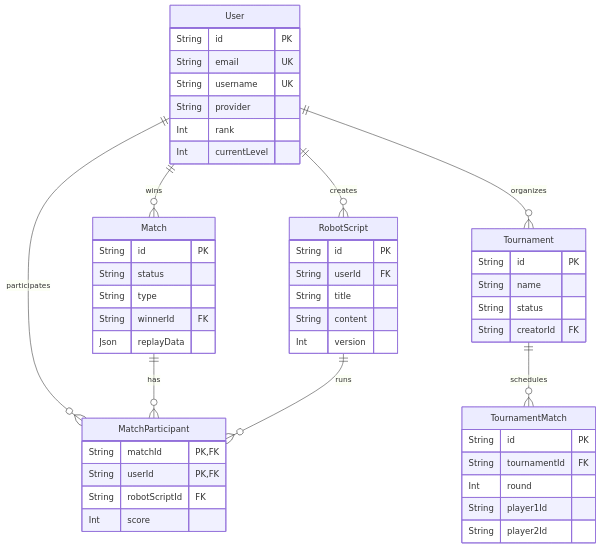
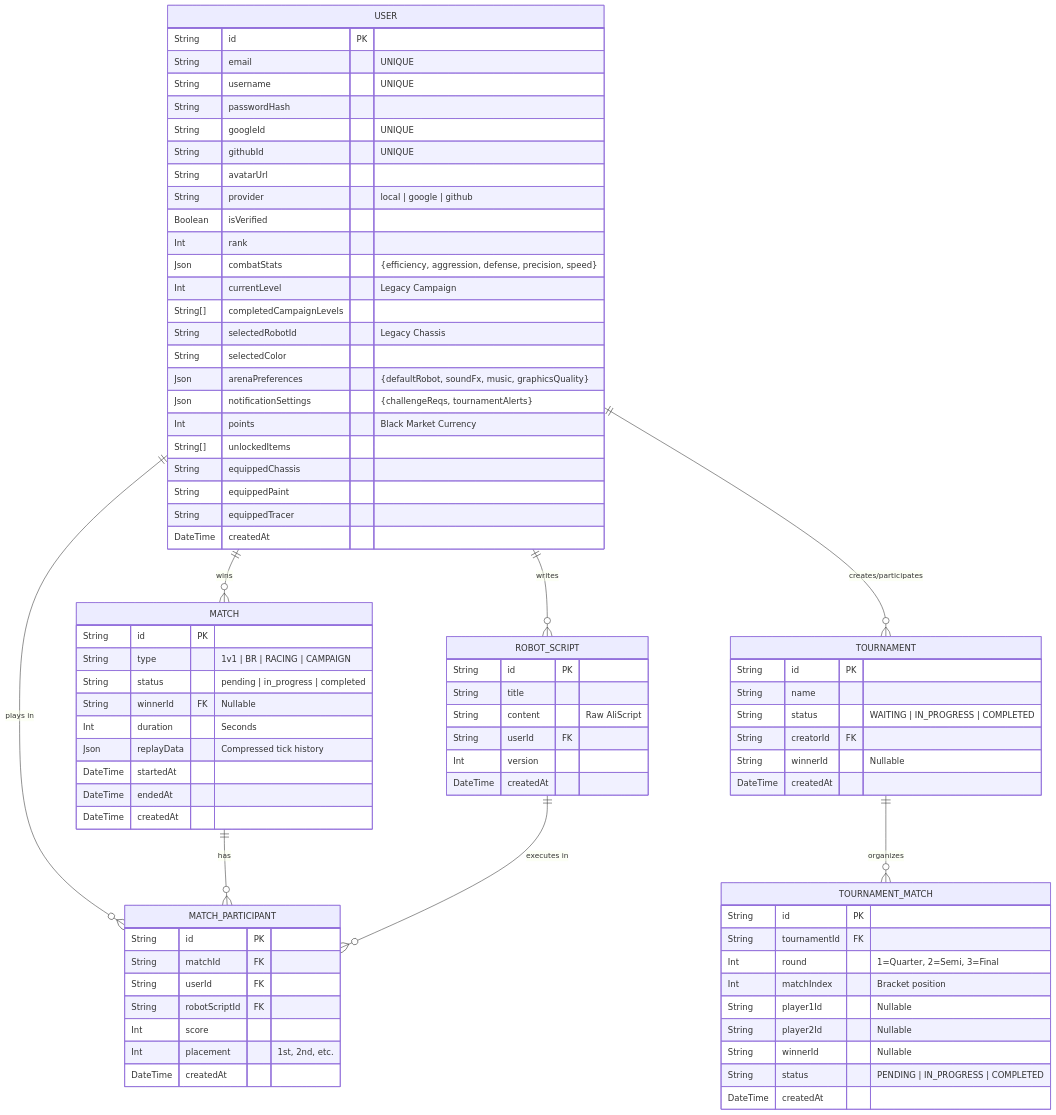
Before and after one commit to AverageMax/logic-arena: the diagram in docs/erd-diagram.md, drawn with Mermaid. The commit also changed other lines of this file and 5 other files, not shown here.

Commit message:
docs: comprehensive v2.9.0 architecture, security, and game rules overhaul

````diff
--- a/docs/erd-diagram.md
+++ b/docs/erd-diagram.md
@@ -82,57 +5,90 @@
 ```mermaid
 erDiagram
-    User ||--o{ RobotScript : creates
-    User ||--o{ Match : wins
-    User ||--o{ MatchParticipant : participates
-    Match ||--o{ MatchParticipant : has
-    RobotScript ||--o{ MatchParticipant : runs
-    User ||--o{ Tournament : organizes
-    Tournament ||--o{ TournamentMatch : schedules
-
-    User {
+    USER ||--o{ ROBOT_SCRIPT : "writes"
+    USER ||--o{ MATCH_PARTICIPANT : "plays in"
+    USER ||--o{ MATCH : "wins"
+    USER ||--o{ TOURNAMENT : "creates/participates"
+    
+    MATCH ||--o{ MATCH_PARTICIPANT : "has"
+    ROBOT_SCRIPT ||--o{ MATCH_PARTICIPANT : "executes in"
+    
+    TOURNAMENT ||--o{ TOURNAMENT_MATCH : "organizes"
+    
+    USER {
         String id PK
-        String email UK
-        String username UK
-        String provider
+        String email "UNIQUE"
+        String username "UNIQUE"
+        String passwordHash
+        String googleId "UNIQUE"
+        String githubId "UNIQUE"
+        String avatarUrl
+        String provider "local | google | github"
+        Boolean isVerified
         Int rank
-        Int currentLevel
+        Json combatStats "{efficiency, aggression, defense, precision, speed}"
+        Int currentLevel "Legacy Campaign"
+        String[] completedCampaignLevels
+        String selectedRobotId "Legacy Chassis"
+        String selectedColor
+        Json arenaPreferences "{defaultRobot, soundFx, music, graphicsQuality}"
+        Json notificationSettings "{challengeReqs, tournamentAlerts}"
+        Int points "Black Market Currency"
+        String[] unlockedItems
+        String equippedChassis
+        String equippedPaint
+        String equippedTracer
+        DateTime createdAt
     }
 
-    RobotScript {
+    ROBOT_SCRIPT {
         String id PK
+        String title
+        String content "Raw AliScript"
         String userId FK
-        String title
-        String content
         Int version
+        DateTime createdAt
     }
 
-    Match {
+    MATCH {
         String id PK
-        String status
-        String type
-        String winnerId FK
-        Json replayData
+        String type "1v1 | BR | RACING | CAMPAIGN"
+        String status "pending | in_progress | completed"
+        String winnerId FK "Nullable"
+        Int duration "Seconds"
+        Json replayData "Compressed tick history"
+        DateTime startedAt
+        DateTime endedAt
+        DateTime createdAt
     }
 
-    MatchParticipant {
-        String matchId PK,FK
-        String userId PK,FK
+    MATCH_PARTICIPANT {
+        String id PK
+        String matchId FK
+        String userId FK
         String robotScriptId FK
         Int score
+        Int placement "1st, 2nd, etc."
+        DateTime createdAt
     }
 
-    Tournament {
+    TOURNAMENT {
         String id PK
         String name
-        String status
+        String status "WAITING | IN_PROGRESS | COMPLETED"
         String creatorId FK
+        String winnerId "Nullable"
+        DateTime createdAt
     }
 
-    TournamentMatch {
+    TOURNAMENT_MATCH {
         String id PK
         String tournamentId FK
-        Int round
-        String player1Id
-        String player2Id
+        Int round "1=Quarter, 2=Semi, 3=Final"
+        Int matchIndex "Bracket position"
+        String player1Id "Nullable"
+        String player2Id "Nullable"
+        String winnerId "Nullable"
+        String status "PENDING | IN_PROGRESS | COMPLETED"
+        DateTime createdAt
     }
 ```
````
